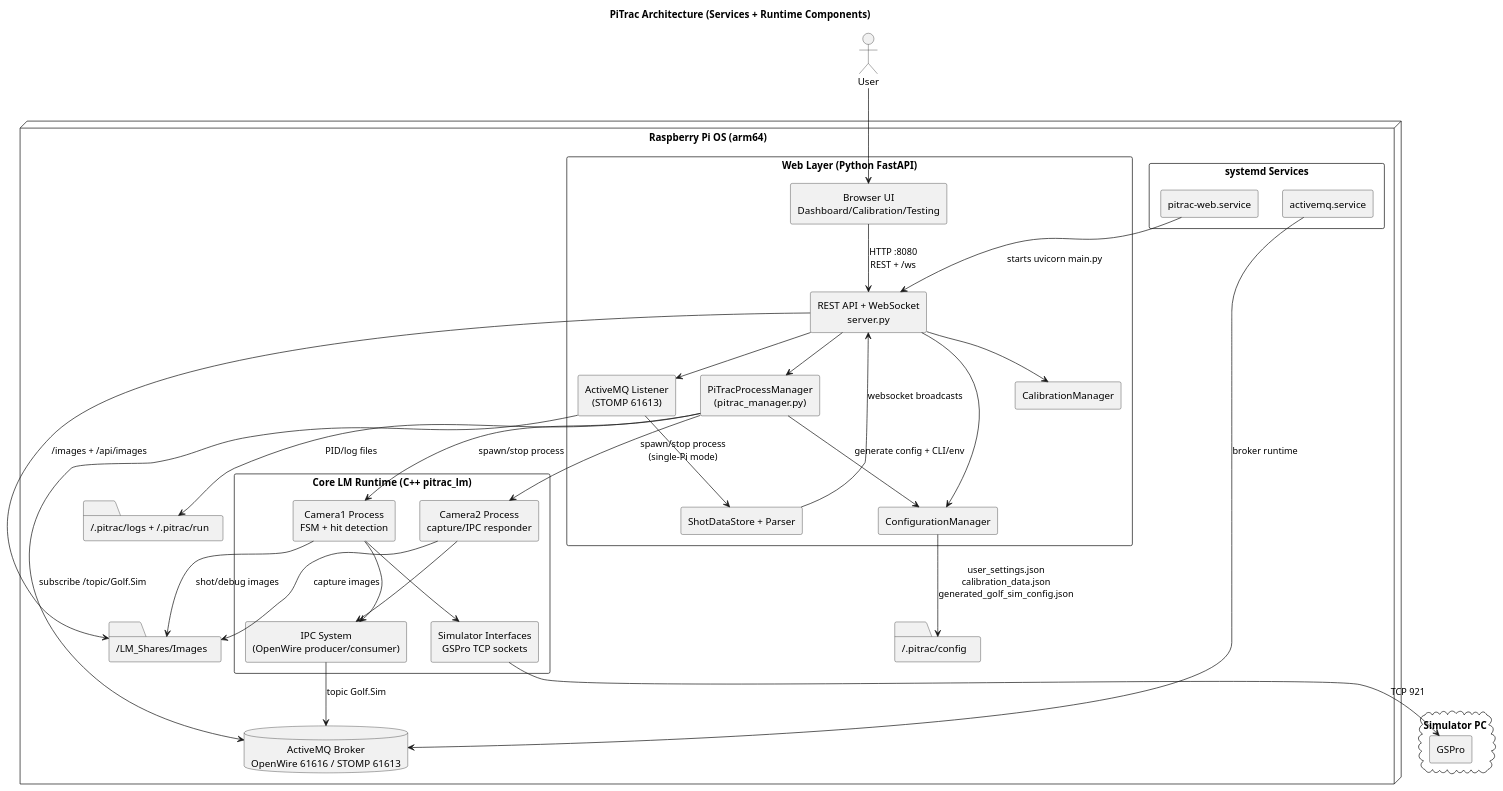
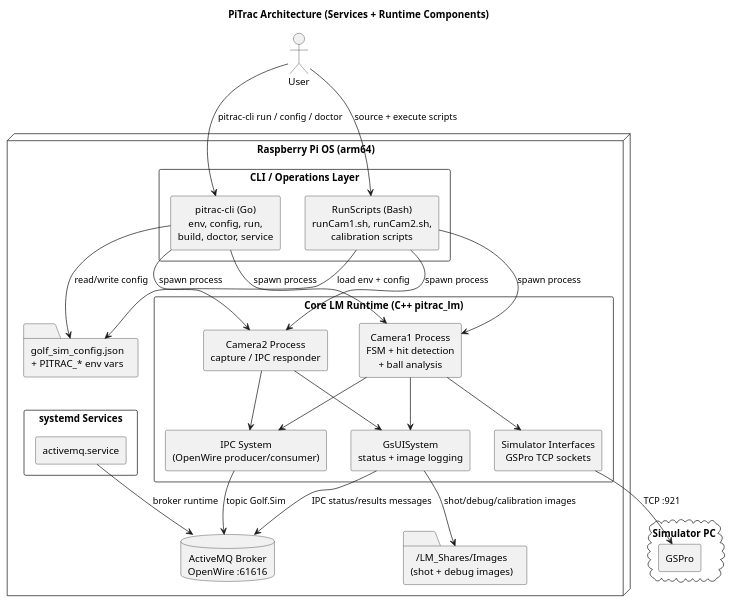
One commit to digitalhand/pitrac-light changed the diagram in assets/diagram/architecture-overview.puml. Above: the diagram before and after it, drawn with PlantUML. The commit also changed 20 other files, not shown here.

```diff
--- a/assets/diagram/architecture-overview.puml
+++ b/assets/diagram/architecture-overview.puml
@@ -1,78 +1,64 @@
 @startuml
 title PiTrac Architecture (Services + Runtime Components)
 
 skinparam shadowing false
 skinparam backgroundColor white
 skinparam componentStyle rectangle
 skinparam packageStyle rectangle
 skinparam defaultTextAlignment center
 
 actor "User" as user
 
 node "Raspberry Pi OS (arm64)" as pi {
   package "systemd Services" {
-    [pitrac-web.service] as websvc
     [activemq.service] as amqsvc
   }
 
-  package "Web Layer (Python FastAPI)" as web {
-    [Browser UI\nDashboard/Calibration/Testing] as browser
-    [REST API + WebSocket\nserver.py] as api
-    [PiTracProcessManager\n(pitrac_manager.py)] as procman
-    [CalibrationManager] as calman
-    [ActiveMQ Listener\n(STOMP 61613)] as stlistener
-    [ShotDataStore + Parser] as datastore
-    [ConfigurationManager] as cfgman
+  package "CLI / Operations Layer" as cli {
+    [pitrac-cli (Go)\nenv, config, run,\nbuild, doctor, service] as pitrac_cli
+    [RunScripts (Bash)\nrunCam1.sh, runCam2.sh,\ncalibration scripts] as runscripts
   }
 
   package "Core LM Runtime (C++ pitrac_lm)" as lm {
-    [Camera1 Process\nFSM + hit detection] as cam1
-    [Camera2 Process\ncapture/IPC responder] as cam2
+    [Camera1 Process\nFSM + hit detection\n+ ball analysis] as cam1
+    [Camera2 Process\ncapture / IPC responder] as cam2
     [IPC System\n(OpenWire producer/consumer)] as ipc
     [Simulator Interfaces\nGSPro TCP sockets] as simsock
+    [GsUISystem\nstatus + image logging] as uisys
   }
 
-  database "ActiveMQ Broker\nOpenWire 61616 / STOMP 61613" as amq
+  database "ActiveMQ Broker\nOpenWire :61616" as amq
 
-  folder "~/.pitrac/config" as cfgfiles
-  folder "~/.pitrac/logs + ~/.pitrac/run" as runtimedirs
-  folder "~/LM_Shares/Images" as images
+  folder "golf_sim_config.json\n+ PITRAC_* env vars" as cfgfiles
+  folder "~/LM_Shares/Images\n(shot + debug images)" as images
 }
 
 cloud "Simulator PC" as simpc {
   [GSPro] as gspro
 }
 
-user --> browser
-browser --> api : HTTP :8080\nREST + /ws
+user --> pitrac_cli : pitrac-cli run / config / doctor
+user --> runscripts : source + execute scripts
 
-websvc --> api : starts uvicorn main.py
 amqsvc --> amq : broker runtime
 
-api --> procman
-api --> calman
-api --> cfgman
-api --> stlistener
-stlistener --> datastore
-datastore --> api : websocket broadcasts
-
-procman --> cam1 : spawn/stop process
-procman --> cam2 : spawn/stop process\n(single-Pi mode)
-procman --> cfgman : generate config + CLI/env
-procman --> runtimedirs : PID/log files
-
-cfgman --> cfgfiles : user_settings.json\ncalibration_data.json\ngenerated_golf_sim_config.json
+pitrac_cli --> cfgfiles : read/write config
+pitrac_cli --> cam1 : spawn process
+pitrac_cli --> cam2 : spawn process
+runscripts --> cfgfiles : load env + config
+runscripts --> cam1 : spawn process
+runscripts --> cam2 : spawn process
 
 cam1 --> ipc
 cam2 --> ipc
 ipc --> amq : topic Golf.Sim
-stlistener --> amq : subscribe /topic/Golf.Sim
 
 cam1 --> simsock
-simsock --> gspro : TCP 921
+simsock --> gspro : TCP :921
 
-cam1 --> images : shot/debug images
-cam2 --> images : capture images
-api --> images : /images + /api/images
+cam1 --> uisys
+cam2 --> uisys
+uisys --> amq : IPC status/results messages
+uisys --> images : shot/debug/calibration images
 
 @enduml
```
